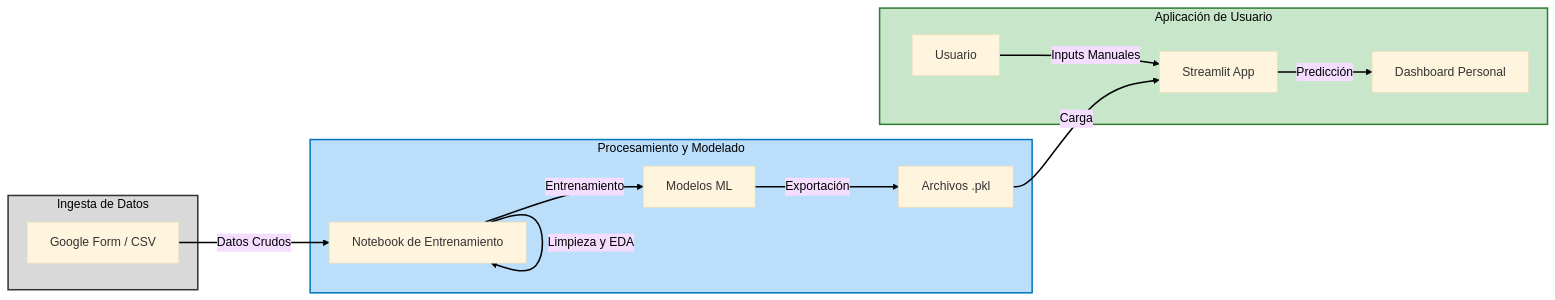
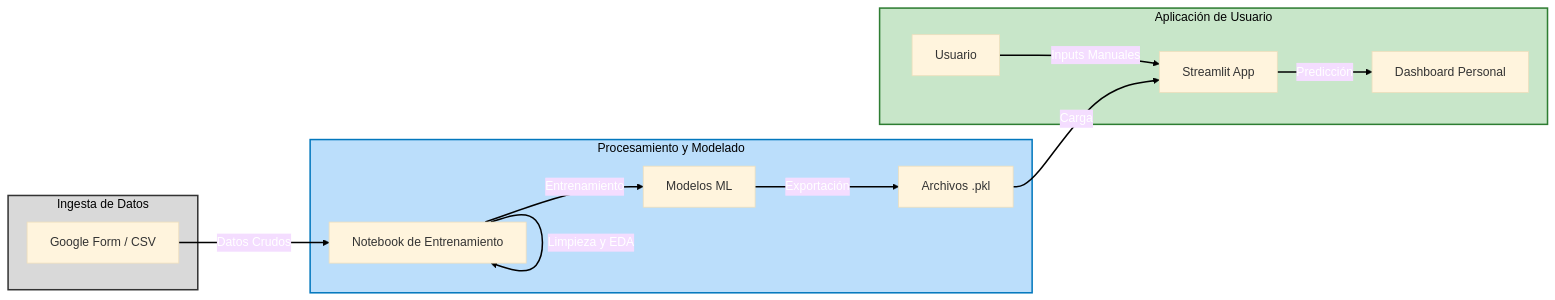
One commit to Galiextro/Python-Odyssey changed the diagram in AI/Predict Your Study Productivity/README.md. Above: the diagram before and after it, drawn with Mermaid (base theme).

Commit message:
feat: Add initial README.md detailing the study productivity prediction project, including its structure, installation, usage, and architecture.

````diff
--- a/AI/Predict Your Study Productivity/README.md
+++ b/AI/Predict Your Study Productivity/README.md
@@ -112,34 +112,34 @@
 ```mermaid
 flowchart LR
     subgraph Ingesta [Ingesta de Datos]
         A[Google Form / CSV]
     end
     
     subgraph Procesamiento [Procesamiento y Modelado]
         B[Notebook de Entrenamiento]
         C[Modelos ML]
         D[Archivos .pkl]
         
         B -->|Limpieza y EDA| B
         B -->|Entrenamiento| C
         C -->|Exportación| D
     end
     
     subgraph Aplicacion [Aplicación de Usuario]
         E[Streamlit App]
         F[Usuario]
         G[Dashboard Personal]
         
         F -->|Inputs Manuales| E
         E -->|Predicción| G
     end
 
     A -->|Datos Crudos| B
     D -->|Carga| E
     
     style Ingesta fill:#d9d9d9,stroke:#333,stroke-width:2px,color:#000
     style Procesamiento fill:#bbdefb,stroke:#0277bd,stroke-width:2px,color:#000
     style Aplicacion fill:#c8e6c9,stroke:#2e7d32,stroke-width:2px,color:#000
     
-    linkStyle default stroke:#000,stroke-width:2px,fill:none,color:#000
+    linkStyle default stroke:#000,stroke-width:2px,fill:none,color:#fff
 ```
````
